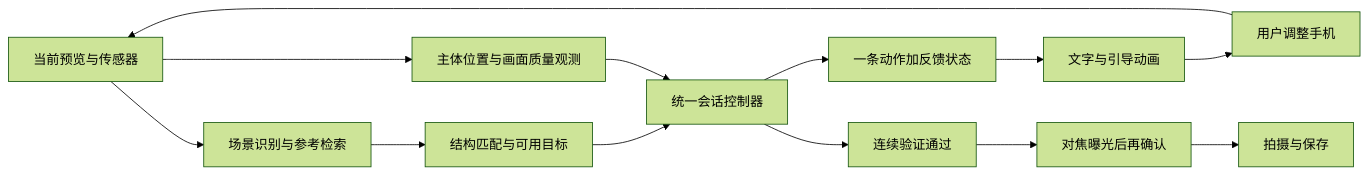
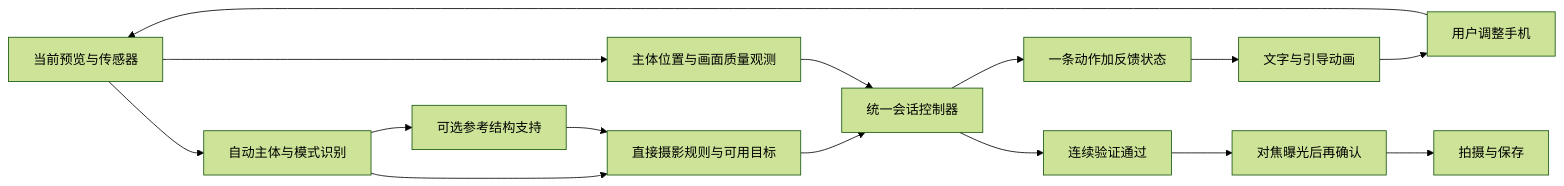
One commit to chiiiiiiing/AI-camera changed the diagram in docs/引导动画制作与接入规范.md. Above: the diagram before and after it, drawn with Mermaid (forest theme). The commit also changed other lines of this file and 5 other files, not shown here.

````diff
--- a/docs/引导动画制作与接入规范.md
+++ b/docs/引导动画制作与接入规范.md
@@ -17,15 +17,17 @@
 ```mermaid
 flowchart LR
-    A[当前预览与传感器] --> B[场景识别与参考检索]
-    B --> C[结构匹配与可用目标]
+    A[当前预览与传感器] --> B[自动主体与模式识别]
+    B --> C[直接摄影规则与可用目标]
+    B --> R[可选参考结构支持]
+    R --> C
     A --> D[主体位置与画面质量观测]
     C --> E[统一会话控制器]
     D --> E
     E --> F[一条动作加反馈状态]
     F --> G[文字与引导动画]
     G --> H[用户调整手机]
     H --> A
     E --> I[连续验证通过]
     I --> J[对焦曝光后再确认]
     J --> K[拍摄与保存]
 ```
````
